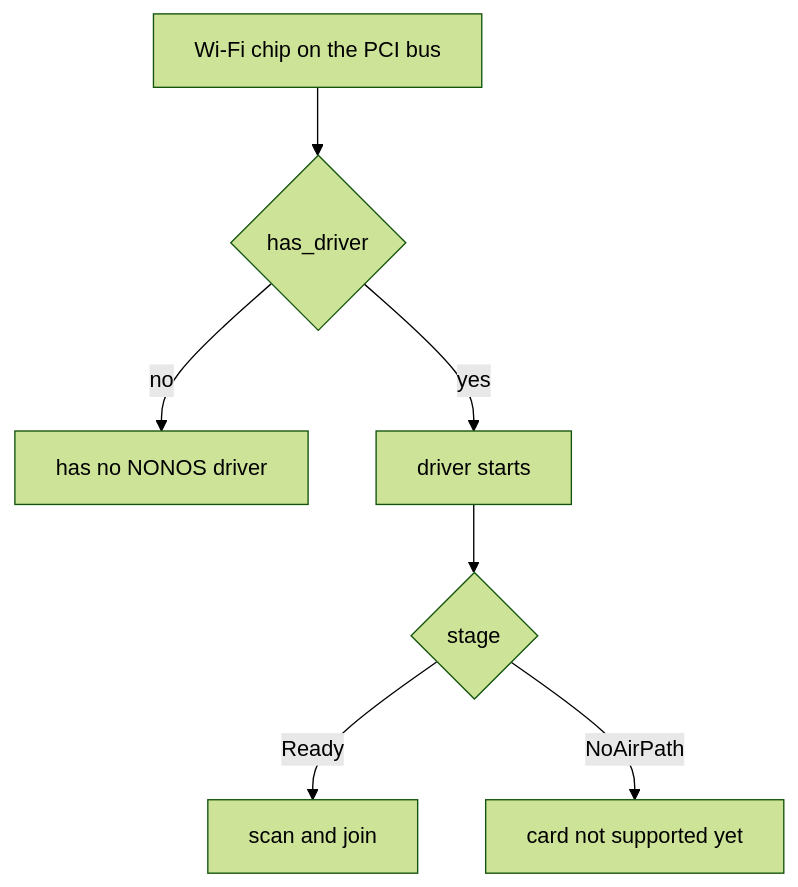
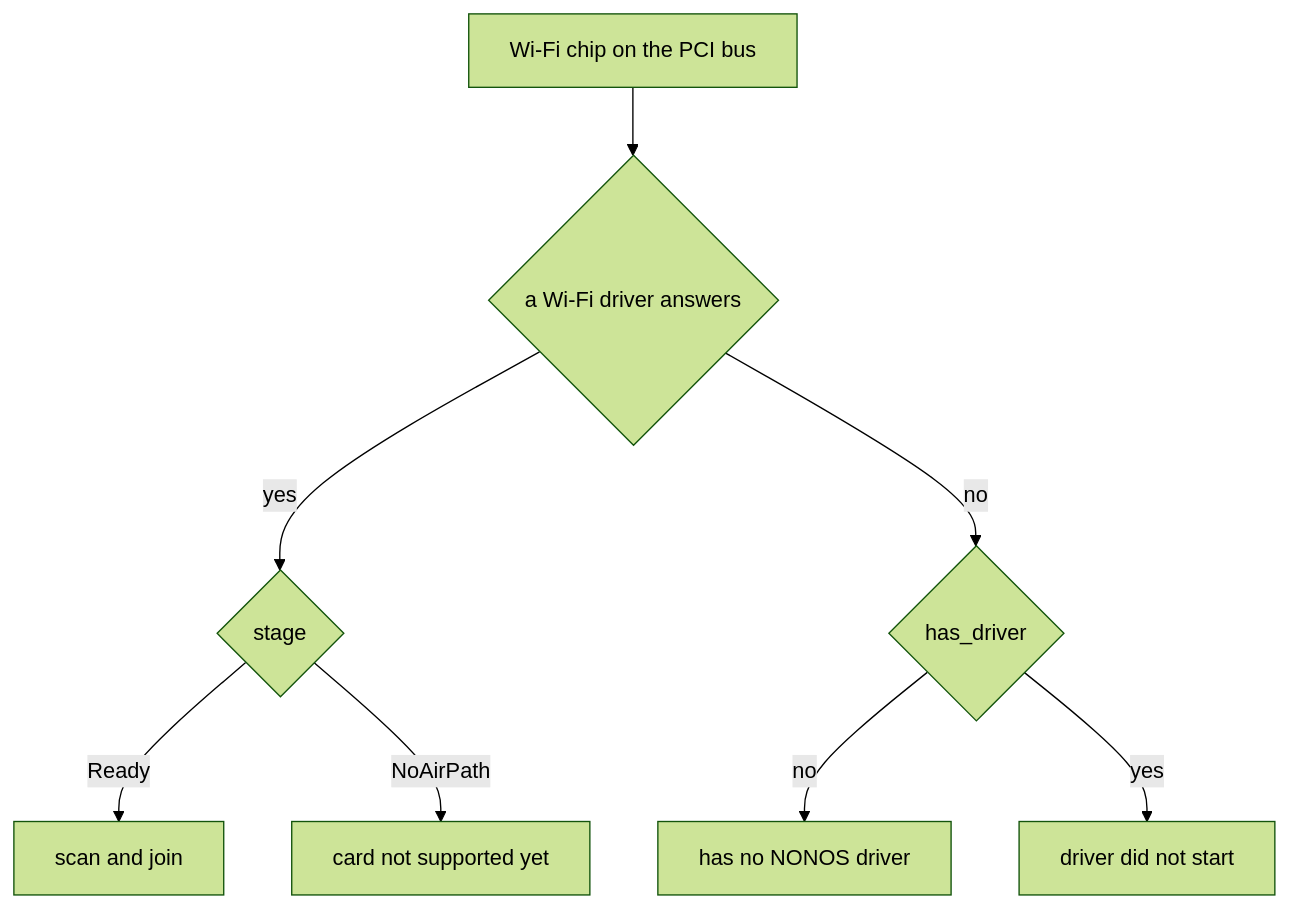
Before and after one commit to NON-OS/microkernel: the diagram in docs/drivers/wifi/not-supported.md, drawn with Mermaid (forest theme). The commit also changed other lines of this file and 24 other files, not shown here.

````diff
--- a/docs/drivers/wifi/not-supported.md
+++ b/docs/drivers/wifi/not-supported.md
@@ -7,9 +7,10 @@
 ```mermaid
 flowchart TD
-  Chip["Wi-Fi chip on the PCI bus"] --> Rule{"has_driver"}
-  Rule -- no --> None["has no NONOS driver"]
-  Rule -- yes --> Driver["driver starts"]
-  Driver --> Stage{"stage"}
+  Chip["Wi-Fi chip on the PCI bus"] --> Answers{"a Wi-Fi driver answers"}
+  Answers -- yes --> Stage{"stage"}
   Stage -- Ready --> Join["scan and join"]
   Stage -- NoAirPath --> Refused["card not supported yet"]
+  Answers -- no --> Rule{"has_driver"}
+  Rule -- no --> None["has no NONOS driver"]
+  Rule -- yes --> NotStarted["driver did not start"]
 ```
````
